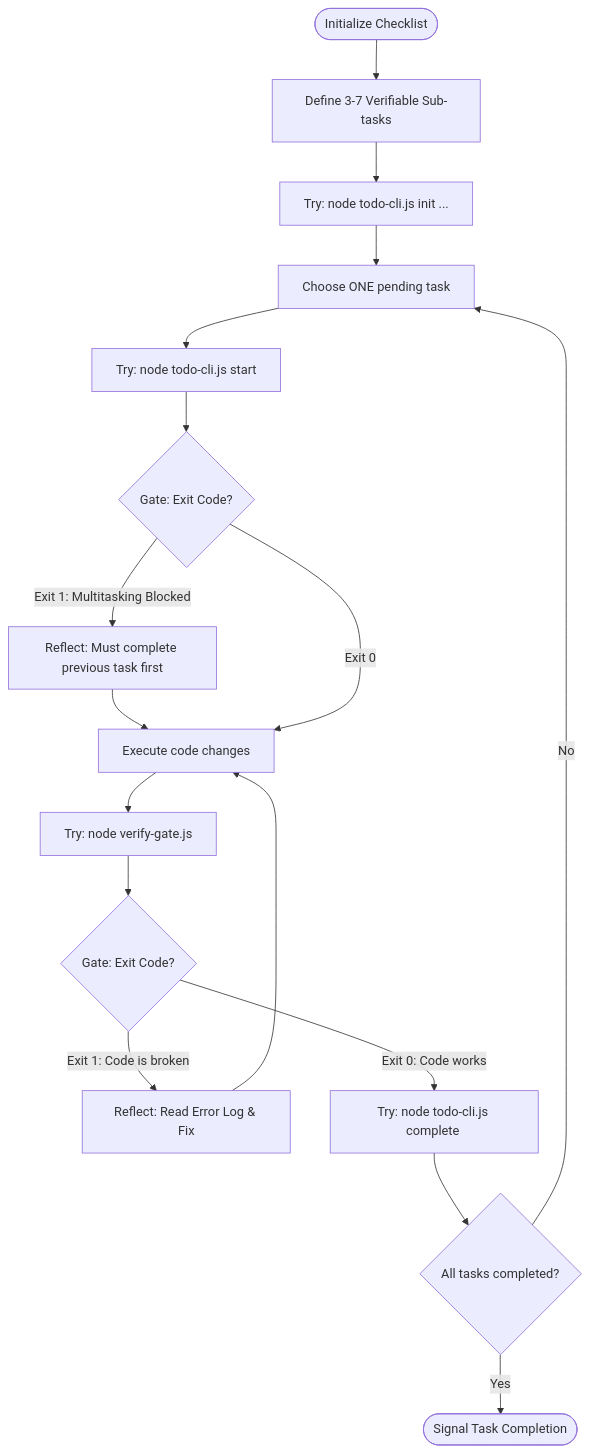
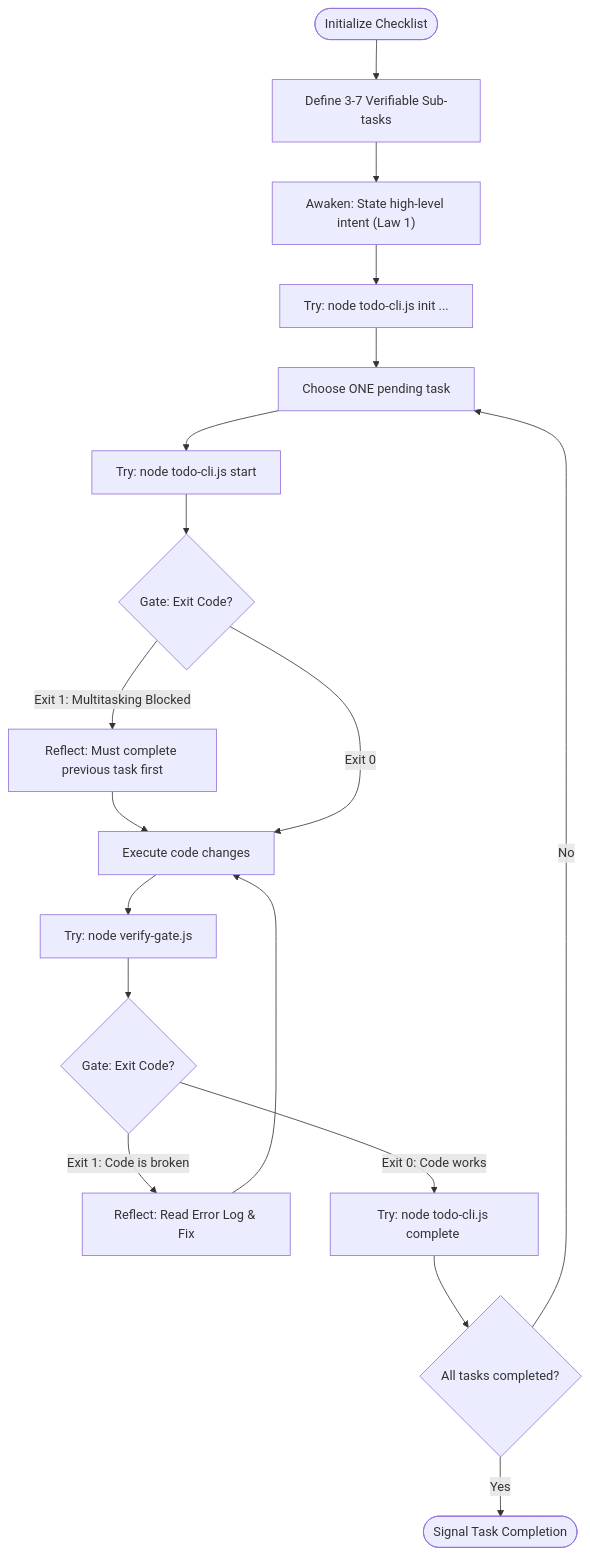
The diagram in docs/workflows/todo-driven-workflow.md (dyphn1/Harness-everything), drawn with Mermaid before and after one commit. The commit also changed 3 other files, not shown here.

Commit message:
docs(workflows): integrate decoupled cognitive laws into workflows mermaid diagrams

````diff
--- a/docs/workflows/todo-driven-workflow.md
+++ b/docs/workflows/todo-driven-workflow.md
@@ -11,26 +11,27 @@
 ```mermaid
 graph TD
   Start([Initialize Checklist]) --> Plan["Define 3-7 Verifiable Sub-tasks"]
-  Plan --> SaveTodo["Try: node todo-cli.js init ..."]
+  Plan --> StateIntent["Awaken: State high-level intent (Law 1)"]
+  StateIntent --> SaveTodo["Try: node todo-cli.js init ..."]
   
   SaveTodo --> ChooseTask["Choose ONE pending task"]
   ChooseTask --> MarkInProgress["Try: node todo-cli.js start <id>"]
   
   MarkInProgress --> CheckStart{Gate: Exit Code?}
   CheckStart -->|Exit 1: Multitasking Blocked| ReflectStart["Reflect: Must complete previous task first"]
   ReflectStart --> Execute
   
   CheckStart -->|Exit 0| Execute["Execute code changes"]
   
   Execute --> GatherEvidence["Try: node verify-gate.js"]
   GatherEvidence --> VerifySuccess{Gate: Exit Code?}
   
   VerifySuccess -->|Exit 1: Code is broken| ReflectCode["Reflect: Read Error Log & Fix"]
   ReflectCode --> Execute
   
   VerifySuccess -->|Exit 0: Code works| MarkCompleted["Try: node todo-cli.js complete <id>"]
   
   MarkCompleted --> CheckRemaining{All tasks completed?}
   CheckRemaining -->|No| ChooseTask
   CheckRemaining -->|Yes| Finish([Signal Task Completion])
 ```
````
